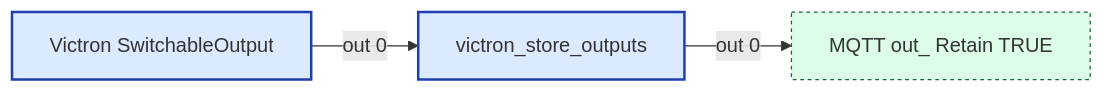
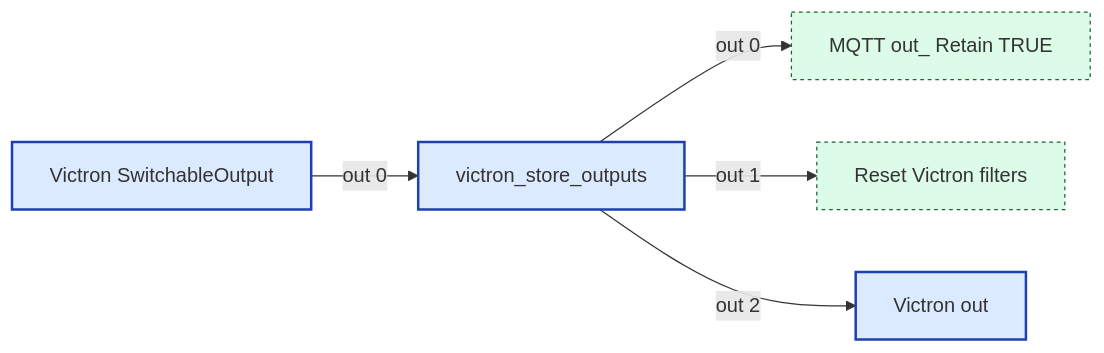
Before and after one commit to Backroads4Me/librecoach-node-red: diagram 13 of 14 in src/wiring/victron.md, drawn with Mermaid. The commit also changed other lines of this file and 1 other file, not shown here.

````diff
--- a/src/wiring/victron.md
+++ b/src/wiring/victron.md
@@ -439,14 +446,18 @@
 ```mermaid
 flowchart LR
   classDef fn fill:#dbeafe,stroke:#1e40af,stroke-width:2px
   classDef ui fill:#ede9fe,stroke:#5b21b6,stroke-width:2px
   classDef sub fill:#fef3c7,stroke:#92400e,stroke-width:2px
   classDef link fill:#dcfce7,stroke:#166534,stroke-width:1px,stroke-dasharray:3 3
   classDef config fill:#f3f4f6,stroke:#6b7280,stroke-width:1px,stroke-dasharray:2 2
   classDef disabled opacity:0.5,stroke-dasharray:4 4
+  n_75e24e63fc41["Victron out"]:::fn
   n_8c03feeee076["Victron SwitchableOutput"]:::fn
   n_cedd284504c5["victron_store_outputs"]:::fn
   n_f3f99ba42088["MQTT out_ Retain TRUE"]:::link
+  n_fe904c842d05["Reset Victron filters"]:::link
   n_8c03feeee076 -->|out 0| n_cedd284504c5
   n_cedd284504c5 -->|out 0| n_f3f99ba42088
+  n_cedd284504c5 -->|out 1| n_fe904c842d05
+  n_cedd284504c5 -->|out 2| n_75e24e63fc41
 ```
````
